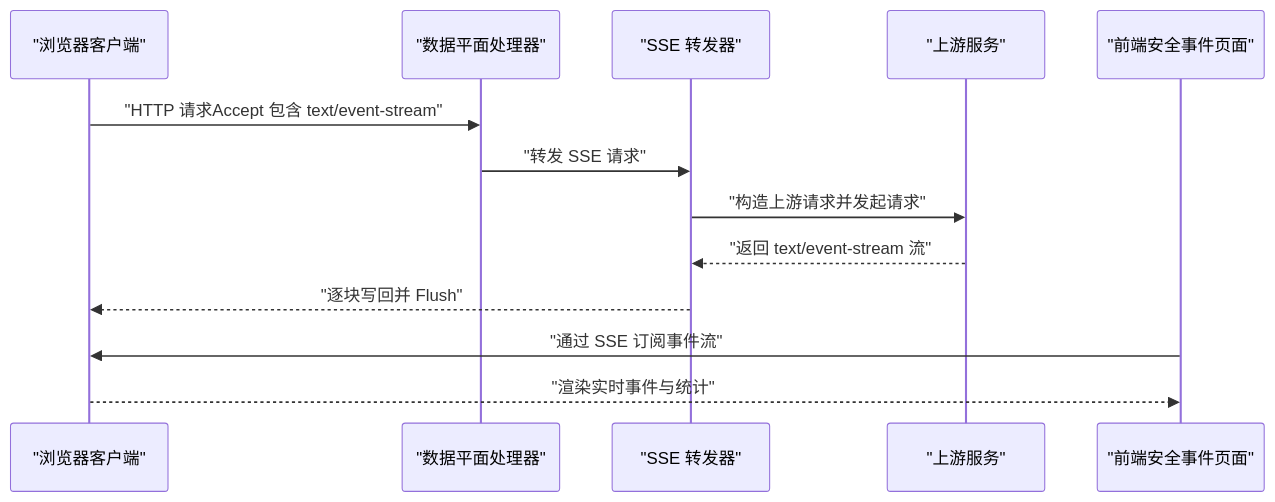
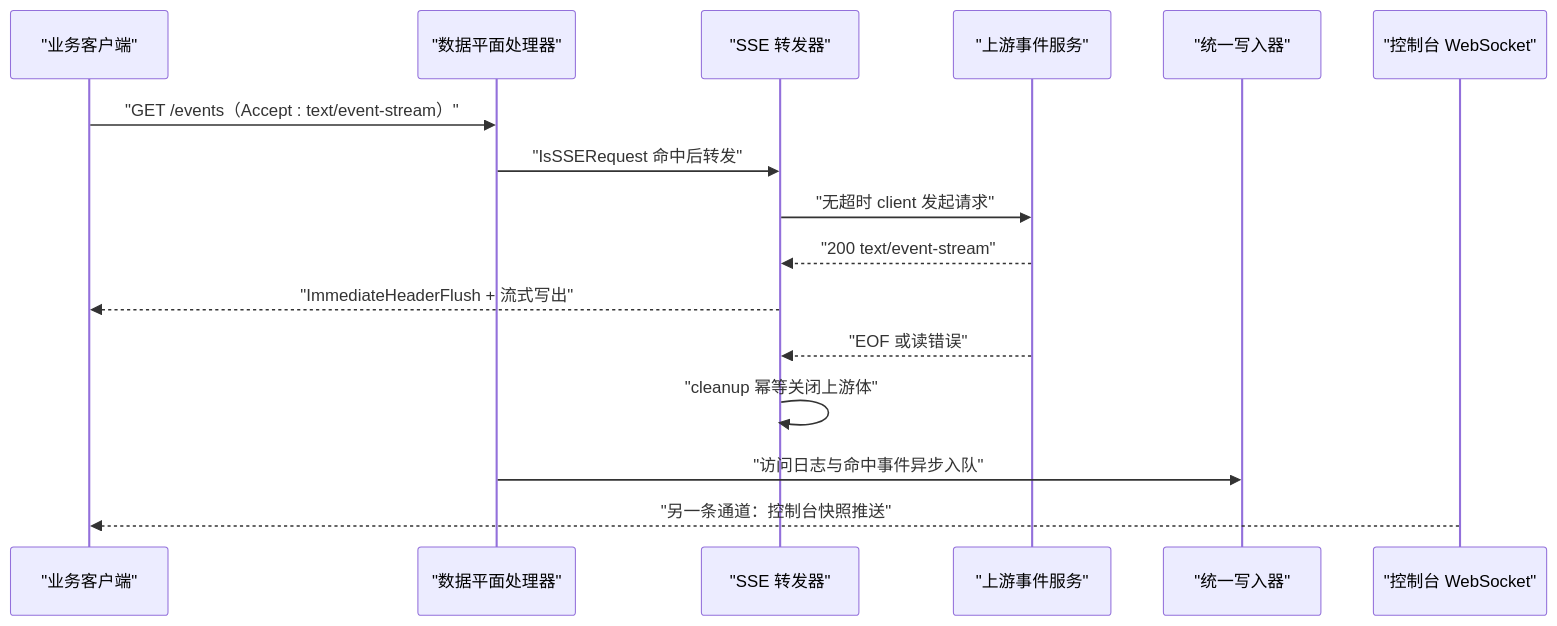
One commit to x01n/My-OpenWaf changed the second of 9 diagrams in docs/数据平面处理/SSE 事件推送.md. Above: the diagram before and after it, drawn with Mermaid. The commit also changed other lines of this file and 622 other files, not shown here.

````diff
--- a/docs/数据平面处理/SSE 事件推送.md
+++ b/docs/数据平面处理/SSE 事件推送.md
@@ -104,15 +139,18 @@
 ```mermaid
 sequenceDiagram
-participant Client as "浏览器客户端"
+participant Client as "业务客户端"
 participant DP as "数据平面处理器"
 participant SSE as "SSE 转发器"
-participant Up as "上游服务"
-participant FE as "前端安全事件页面"
-Client->>DP : "HTTP 请求Accept 包含 text/event-stream"
-DP->>SSE : "转发 SSE 请求"
-SSE->>Up : "构造上游请求并发起请求"
-Up-->>SSE : "返回 text/event-stream 流"
-SSE-->>Client : "逐块写回并 Flush"
-FE->>Client : "通过 SSE 订阅事件流"
-Client-->>FE : "渲染实时事件与统计"
+participant Up as "上游事件服务"
+participant OBS as "统一写入器"
+participant ADMIN as "控制台 WebSocket"
+Client->>DP : "GET /events（Accept : text/event-stream）"
+DP->>SSE : "IsSSERequest 命中后转发"
+SSE->>Up : "无超时 client 发起请求"
+Up-->>SSE : "200 text/event-stream"
+SSE-->>Client : "ImmediateHeaderFlush + 流式写出"
+Up-->>SSE : "EOF 或读错误"
+SSE->>SSE : "cleanup 幂等关闭上游体"
+DP->>OBS : "访问日志与命中事件异步入队"
+ADMIN-->>Client : "另一条通道：控制台快照推送"
 ```
````
